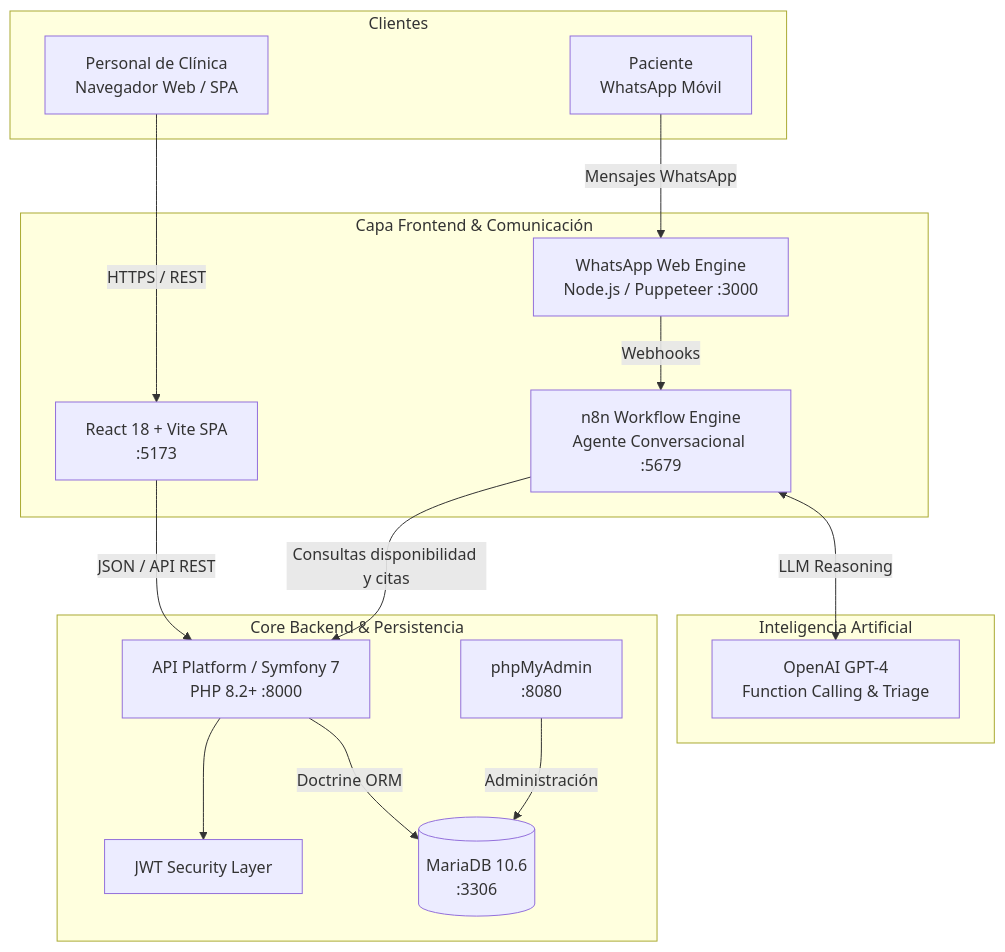
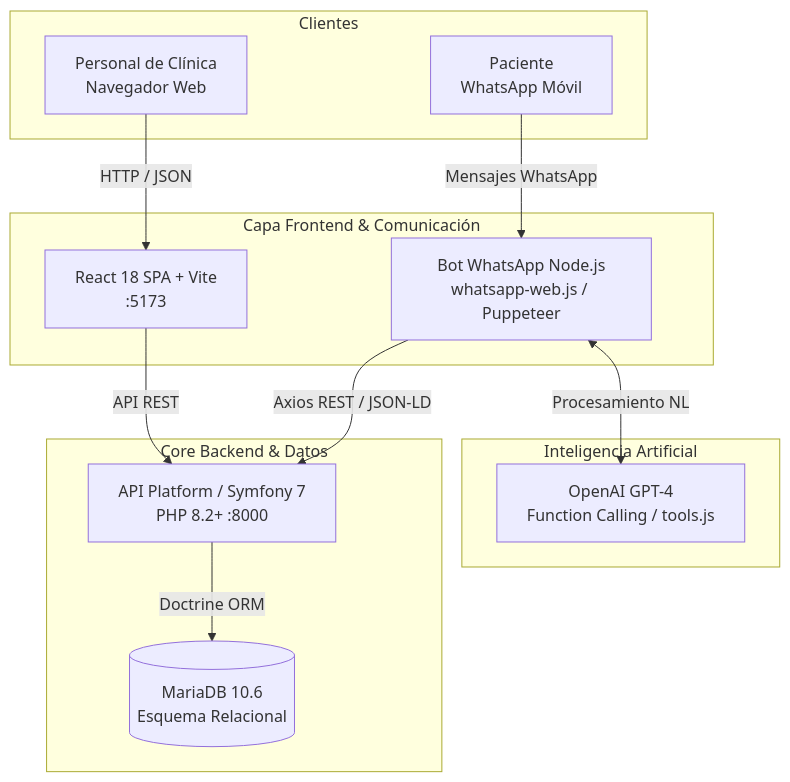
The diagram in README.md (pablocorrea1404-wq/medibot-proyecto-final), drawn with Mermaid before and after one commit. The commit also changed other lines of this file, not shown here.

````diff
--- a/README.md
+++ b/README.md
@@ -96,35 +51,28 @@
 ```mermaid
 graph TD
     subgraph Clientes
-        A[Personal de Clínica<br/>Navegador Web / SPA]
+        A[Personal de Clínica<br/>Navegador Web]
         B[Paciente<br/>WhatsApp Móvil]
     end
 
     subgraph Capa Frontend & Comunicación
-        UI[React 18 + Vite SPA<br/>:5173]
-        WAP[WhatsApp Web Engine<br/>Node.js / Puppeteer :3000]
-        N8N[n8n Workflow Engine<br/>Agente Conversacional :5679]
+        UI[React 18 SPA + Vite<br/>:5173]
+        BOT[Bot WhatsApp Node.js<br/>whatsapp-web.js / Puppeteer]
     end
 
     subgraph Inteligencia Artificial
-        OAI[OpenAI GPT-4<br/>Function Calling & Triage]
+        OAI[OpenAI GPT-4<br/>Function Calling / tools.js]
     end
 
-    subgraph Core Backend & Persistencia
+    subgraph Core Backend & Datos
         API[API Platform / Symfony 7<br/>PHP 8.2+ :8000]
-        AUTH[JWT Security Layer]
-        MDB[(MariaDB 10.6<br/>:3306)]
-        PMA[phpMyAdmin<br/>:8080]
+        MDB[(MariaDB 10.6<br/>Esquema Relacional)]
     end
 
-    A -->|HTTPS / REST| UI
-    UI -->|JSON / API REST| API
-    B -->|Mensajes WhatsApp| WAP
-    WAP -->|Webhooks| N8N
-    N8N <-->|LLM Reasoning| OAI
-    N8N -->|Consultas disponibilidad y citas| API
-
-    API --> AUTH
+    A -->|HTTP / JSON| UI
+    UI -->|API REST| API
+    B -->|Mensajes WhatsApp| BOT
+    BOT <-->|Procesamiento NL| OAI
+    BOT -->|Axios REST / JSON-LD| API
     API -->|Doctrine ORM| MDB
-    PMA -->|Administración| MDB
 ```
````
